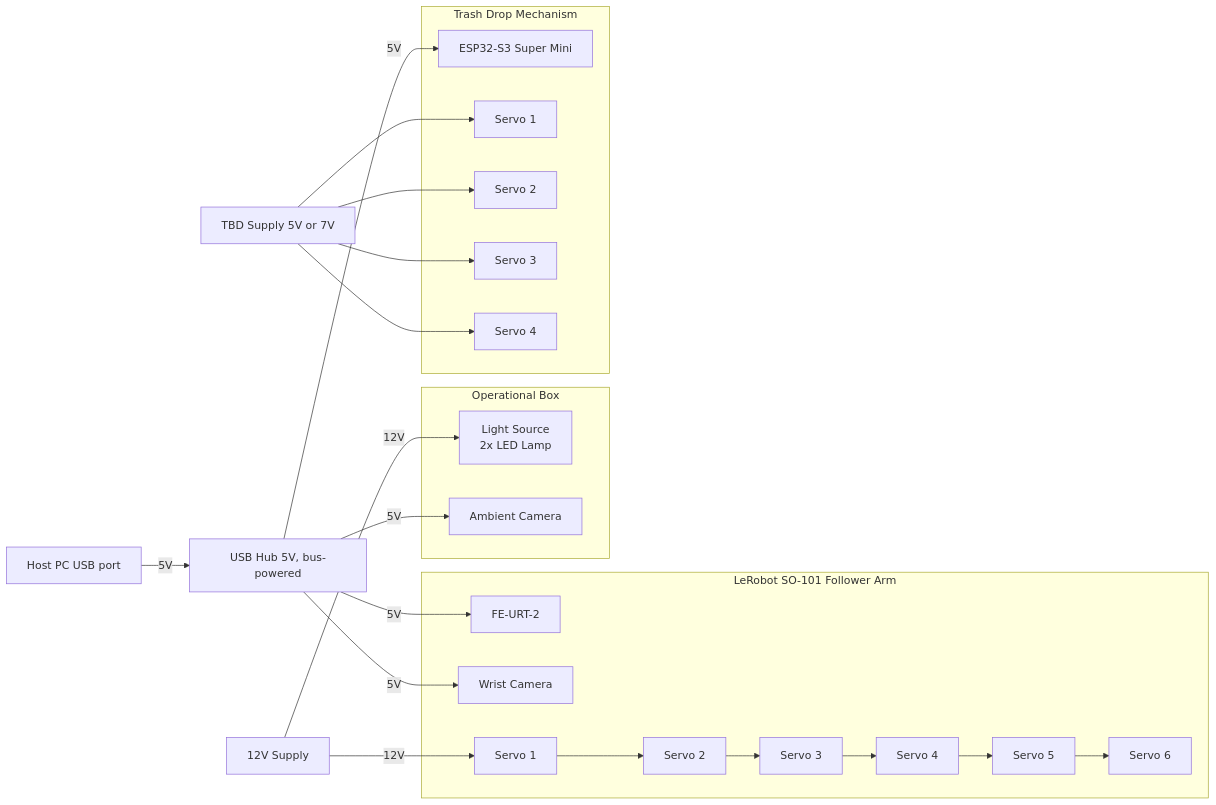
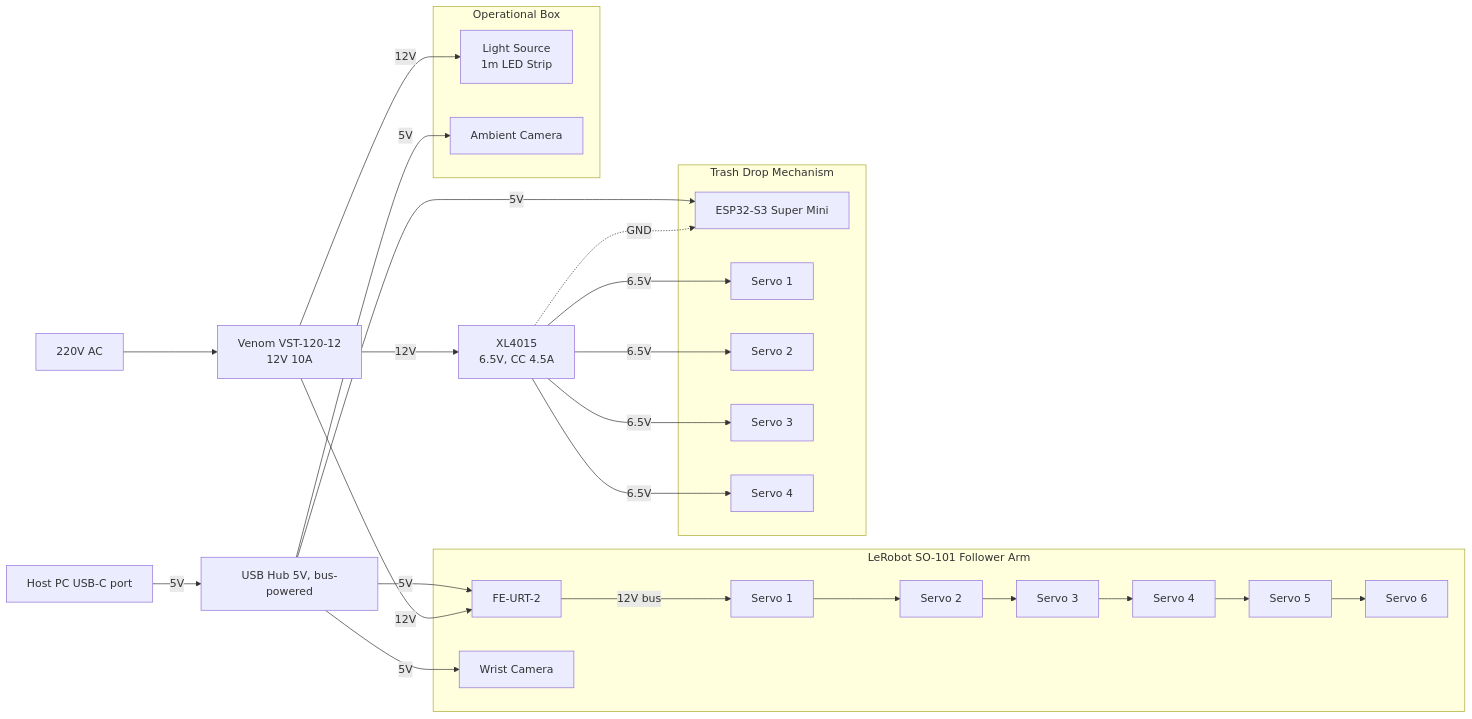
The eighth of 8 diagrams in electronics/ELECTRONICS.md (dark-neonus/Cleany_AI_Trash_Sorting_Robot), drawn with Mermaid before and after one commit. The commit also changed other lines of this file and 14 other files, not shown here.

````diff
--- a/electronics/ELECTRONICS.md
+++ b/electronics/ELECTRONICS.md
@@ -210,39 +243,44 @@
 ```mermaid
 flowchart LR
-    HOST[Host PC USB port]
-    PSU12[12V Supply]
-    PSUX[TBD Supply 5V or 7V]
+    MAINS[220V AC]
+    PSU12[Venom VST-120-12<br/>12V 10A]
+    BUCK[XL4015<br/>6.5V, CC 4.5A]
+    HOST[Host PC USB-C port]
     HUB[USB Hub 5V, bus-powered]
 
+    MAINS --> PSU12
+    PSU12 -->|12V| BUCK
     HOST -->|5V| HUB
 
     subgraph ARM[LeRobot SO-101 Follower Arm]
         URT[FE-URT-2]
         WCAM[Wrist Camera]
         S1[Servo 1] --> S2[Servo 2] --> S3[Servo 3] --> S4[Servo 4] --> S5[Servo 5] --> S6[Servo 6]
     end
 
     subgraph BOX[Operational Box]
-        LED[Light Source<br/>2x LED Lamp]
+        LED[Light Source<br/>1m LED Strip]
         ACAM[Ambient Camera]
     end
 
     subgraph DROP[Trash Drop Mechanism]
         ESP[ESP32-S3 Super Mini]
         D1[Servo 1]
         D2[Servo 2]
         D3[Servo 3]
         D4[Servo 4]
     end
 
     HUB -->|5V| URT
     HUB -->|5V| WCAM
     HUB -->|5V| ACAM
     HUB -->|5V| ESP
-    PSU12 -->|12V| S1
+    PSU12 -->|12V| URT
+    URT -->|12V bus| S1
     PSU12 -->|12V| LED
-    PSUX --> D1
-    PSUX --> D2
-    PSUX --> D3
-    PSUX --> D4
+    BUCK -->|6.5V| D1
+    BUCK -->|6.5V| D2
+    BUCK -->|6.5V| D3
+    BUCK -->|6.5V| D4
+    BUCK -.->|GND| ESP
 ```
````
